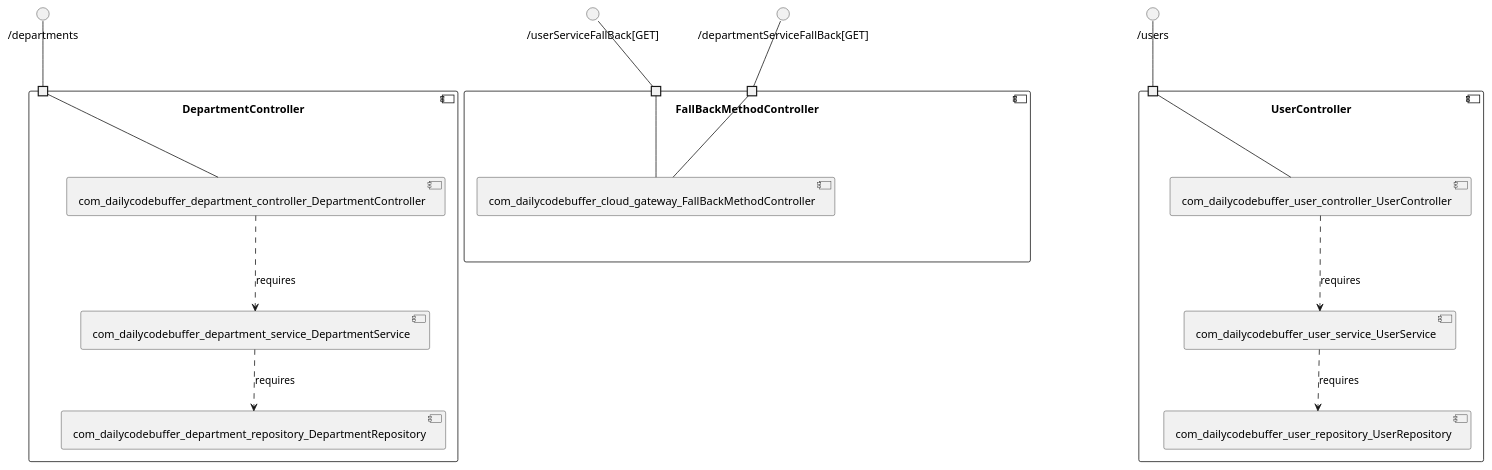
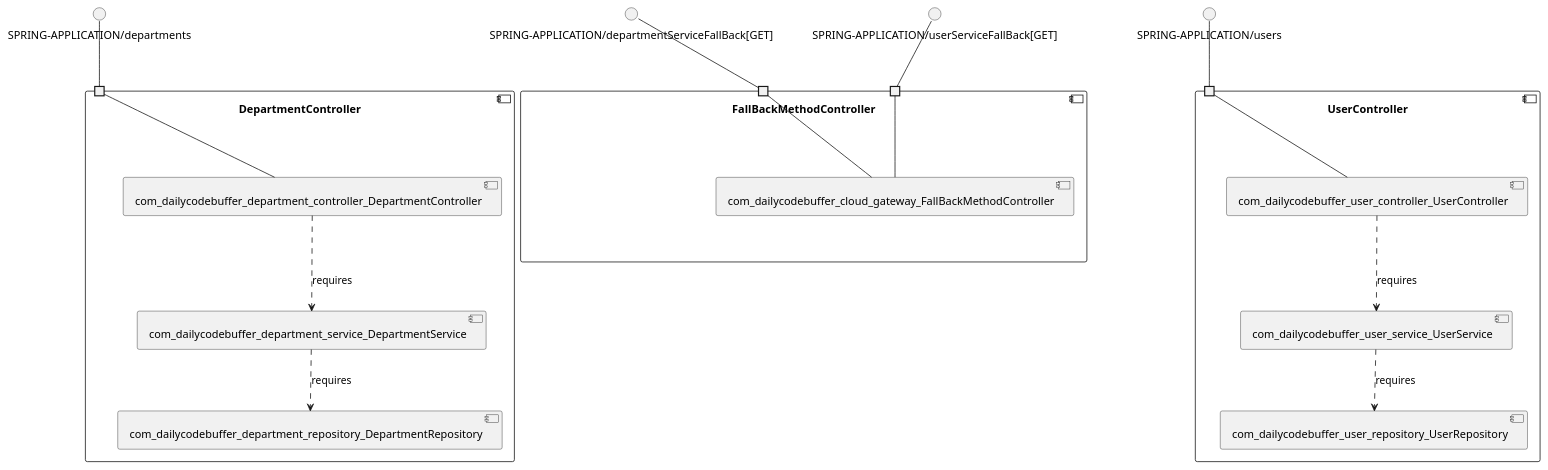
One commit to View-Based-Reverse-Engineering/Retriever-Benchmark changed the diagram in shabbirdwd53-springboot-microservice/model_re/uml/componentDiagram.puml. Above: the diagram before and after it, drawn with PlantUML. The commit also changed 181 other files, not shown here.

```diff
--- a/shabbirdwd53-springboot-microservice/model_re/uml/componentDiagram.puml
+++ b/shabbirdwd53-springboot-microservice/model_re/uml/componentDiagram.puml
@@ -1,37 +1,37 @@
 @startuml
 skinparam fixCircleLabelOverlapping true
 component "DepartmentController\n\n\n\n\n\n" {
+[com_dailycodebuffer_department_repository_DepartmentRepository]
+[com_dailycodebuffer_department_service_DepartmentService]
 [com_dailycodebuffer_department_controller_DepartmentController]
-[com_dailycodebuffer_department_service_DepartmentService]
-[com_dailycodebuffer_department_repository_DepartmentRepository]
-portin " " as DepartmentController.requires._departments
+portin " " as DepartmentController.requires.SPRING_APPLICATION_departments
+[com_dailycodebuffer_department_service_DepartmentService]..>[com_dailycodebuffer_department_repository_DepartmentRepository] : requires
 [com_dailycodebuffer_department_controller_DepartmentController]..>[com_dailycodebuffer_department_service_DepartmentService] : requires
-[com_dailycodebuffer_department_service_DepartmentService]..>[com_dailycodebuffer_department_repository_DepartmentRepository] : requires
-"DepartmentController.requires._departments"--[com_dailycodebuffer_department_controller_DepartmentController]
+"DepartmentController.requires.SPRING_APPLICATION_departments"--[com_dailycodebuffer_department_controller_DepartmentController]
 }
-interface "/departments" as interface._departments
-interface._departments--"DepartmentController.requires._departments"
+interface "SPRING-APPLICATION/departments" as interface.SPRING_APPLICATION_departments
+interface.SPRING_APPLICATION_departments--"DepartmentController.requires.SPRING_APPLICATION_departments"
 component "FallBackMethodController\n\n\n\n\n\n" {
 [com_dailycodebuffer_cloud_gateway_FallBackMethodController]
-portin " " as FallBackMethodController.requires._userServiceFallBack_GET_
-portin " " as FallBackMethodController.requires._departmentServiceFallBack_GET_
-"FallBackMethodController.requires._userServiceFallBack_GET_"--[com_dailycodebuffer_cloud_gateway_FallBackMethodController]
-"FallBackMethodController.requires._departmentServiceFallBack_GET_"--[com_dailycodebuffer_cloud_gateway_FallBackMethodController]
+portin " " as FallBackMethodController.requires.SPRING_APPLICATION_userServiceFallBack_GET_
+portin " " as FallBackMethodController.requires.SPRING_APPLICATION_departmentServiceFallBack_GET_
+"FallBackMethodController.requires.SPRING_APPLICATION_departmentServiceFallBack_GET_"--[com_dailycodebuffer_cloud_gateway_FallBackMethodController]
+"FallBackMethodController.requires.SPRING_APPLICATION_userServiceFallBack_GET_"--[com_dailycodebuffer_cloud_gateway_FallBackMethodController]
 }
-interface "/userServiceFallBack[GET]" as interface._userServiceFallBack_GET_
-interface._userServiceFallBack_GET_--"FallBackMethodController.requires._userServiceFallBack_GET_"
-interface "/departmentServiceFallBack[GET]" as interface._departmentServiceFallBack_GET_
-interface._departmentServiceFallBack_GET_--"FallBackMethodController.requires._departmentServiceFallBack_GET_"
+interface "SPRING-APPLICATION/departmentServiceFallBack[GET]" as interface.SPRING_APPLICATION_departmentServiceFallBack_GET_
+interface.SPRING_APPLICATION_departmentServiceFallBack_GET_--"FallBackMethodController.requires.SPRING_APPLICATION_departmentServiceFallBack_GET_"
+interface "SPRING-APPLICATION/userServiceFallBack[GET]" as interface.SPRING_APPLICATION_userServiceFallBack_GET_
+interface.SPRING_APPLICATION_userServiceFallBack_GET_--"FallBackMethodController.requires.SPRING_APPLICATION_userServiceFallBack_GET_"
 component "UserController\n\n\n\n\n\n" {
+[com_dailycodebuffer_user_service_UserService]
+[com_dailycodebuffer_user_controller_UserController]
 [com_dailycodebuffer_user_repository_UserRepository]
-[com_dailycodebuffer_user_controller_UserController]
-[com_dailycodebuffer_user_service_UserService]
-portin " " as UserController.requires._users
+portin " " as UserController.requires.SPRING_APPLICATION_users
+[com_dailycodebuffer_user_service_UserService]..>[com_dailycodebuffer_user_repository_UserRepository] : requires
 [com_dailycodebuffer_user_controller_UserController]..>[com_dailycodebuffer_user_service_UserService] : requires
-[com_dailycodebuffer_user_service_UserService]..>[com_dailycodebuffer_user_repository_UserRepository] : requires
-"UserController.requires._users"--[com_dailycodebuffer_user_controller_UserController]
+"UserController.requires.SPRING_APPLICATION_users"--[com_dailycodebuffer_user_controller_UserController]
 }
-interface "/users" as interface._users
-interface._users--"UserController.requires._users"
+interface "SPRING-APPLICATION/users" as interface.SPRING_APPLICATION_users
+interface.SPRING_APPLICATION_users--"UserController.requires.SPRING_APPLICATION_users"
 
 @enduml
```
